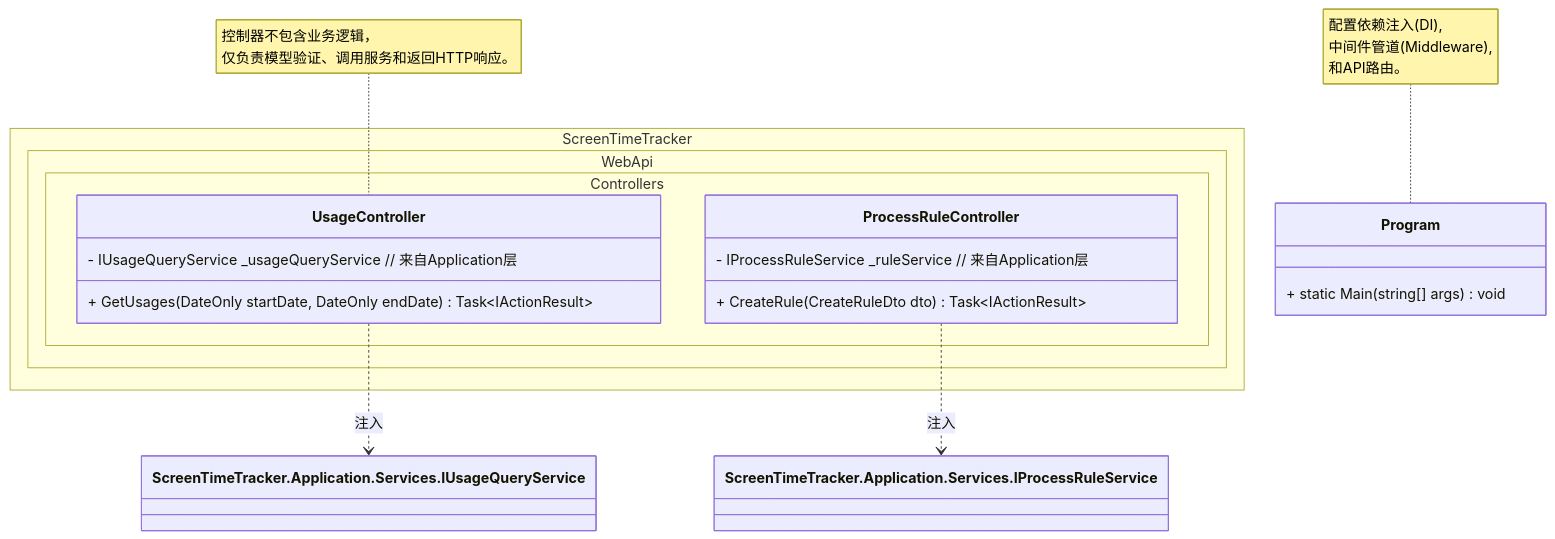
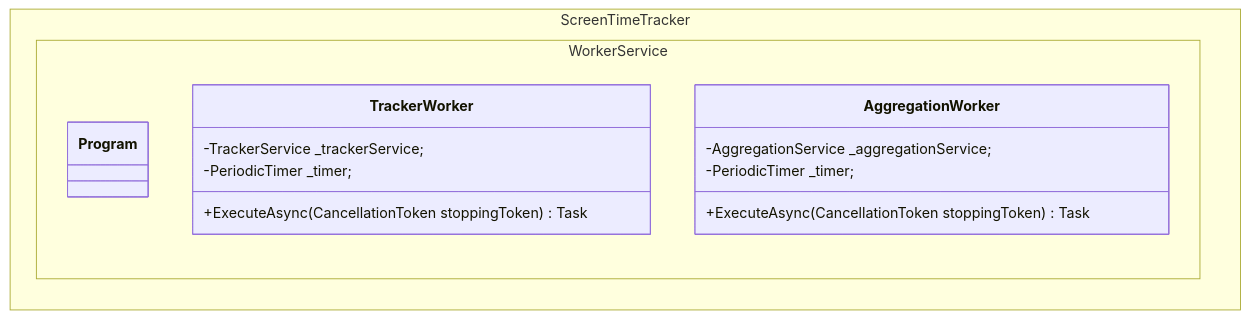
Before and after one commit to LaLa-HaHa-Hei/ScreenTimeTracker: the fourth of 6 diagrams in docs/detailed-design.md, drawn with Mermaid. The commit also changed other lines of this file and 131 other files, not shown here.

````diff
--- a/docs/detailed-design.md
+++ b/docs/detailed-design.md
@@ -148,24 +265,19 @@
 ```mermaid 
 classDiagram
     direction TB
-    class Program {
-        + static Main(string[] args) void
-    }
-    note for Program "配置依赖注入(DI),<br/>中间件管道(Middleware),<br/>和API路由。"
-
-    namespace ScreenTimeTracker.WebApi.Controllers {
-        class UsageController {
-            - IUsageQueryService _usageQueryService  // 来自Application层
-            + GetUsages(DateOnly startDate, DateOnly endDate) Task~IActionResult~
+    namespace ScreenTimeTracker.WorkerService {
+        class Program {
         }
-        class ProcessRuleController {
-            - IProcessRuleService _ruleService // 来自Application层
-            + CreateRule(CreateRuleDto dto) Task~IActionResult~
+        class TrackerWorker {
+            -TrackerService _trackerService;
+            -PeriodicTimer _timer;
+            +ExecuteAsync(CancellationToken stoppingToken) Task
+        }
+        class AggregationWorker {
+            -AggregationService _aggregationService;
+            -PeriodicTimer _timer;
+            +ExecuteAsync(CancellationToken stoppingToken) Task
         }
     }
-    note for UsageController "控制器不包含业务逻辑，<br/>仅负责模型验证、调用服务和返回HTTP响应。"
 
-    %% Dependencies
-    UsageController ..> ScreenTimeTracker.Application.Services.IUsageQueryService : 注入
-    ProcessRuleController ..> ScreenTimeTracker.Application.Services.IProcessRuleService : 注入
 ```
````
